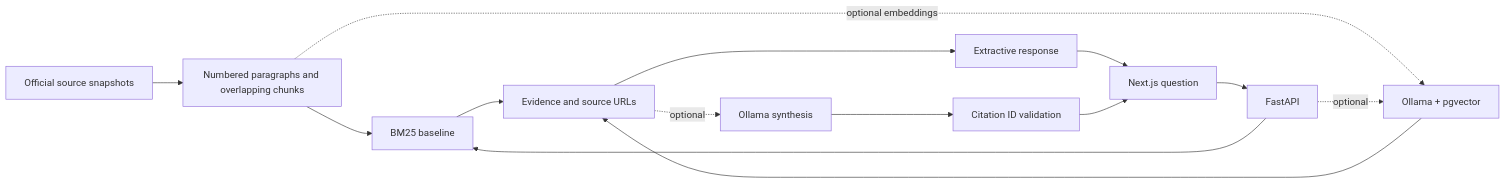
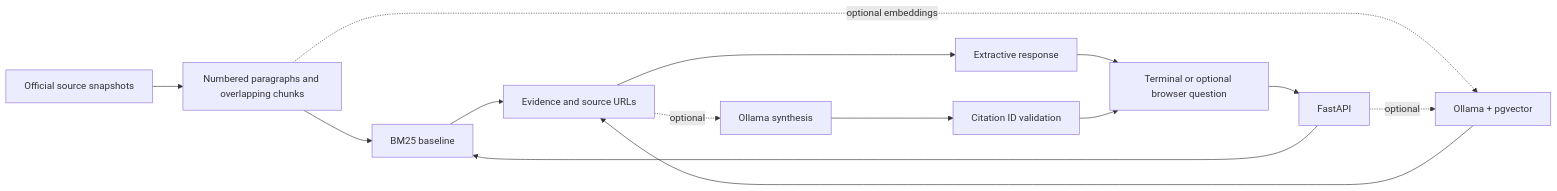
The diagram in README.md (suprkco/rag-eu-ai-act), drawn with Mermaid before and after one commit. The commit also changed other lines of this file and 7 other files, not shown here.

````diff
--- a/README.md
+++ b/README.md
@@ -20,16 +26,16 @@
 ```mermaid
 flowchart LR
     A[Official source snapshots] --> B[Numbered paragraphs and overlapping chunks]
     B --> C[BM25 baseline]
     B -. optional embeddings .-> D[Ollama + pgvector]
-    Q[Next.js question] --> F[FastAPI]
+    Q[Terminal or optional browser question] --> F[FastAPI]
     F --> C
     F -. optional .-> D
     C --> E[Evidence and source URLs]
     D --> E
     E --> G[Extractive response]
     E -. optional .-> H[Ollama synthesis]
     H --> I[Citation ID validation]
     G --> Q
     I --> Q
 ```
````
